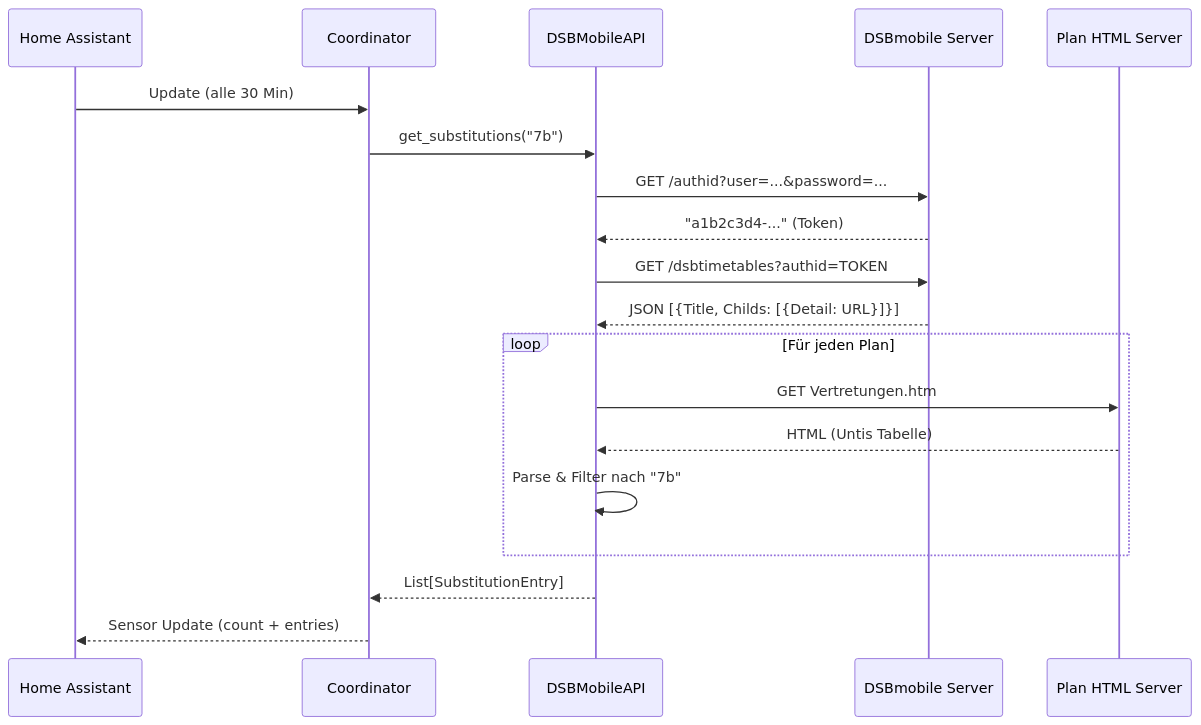
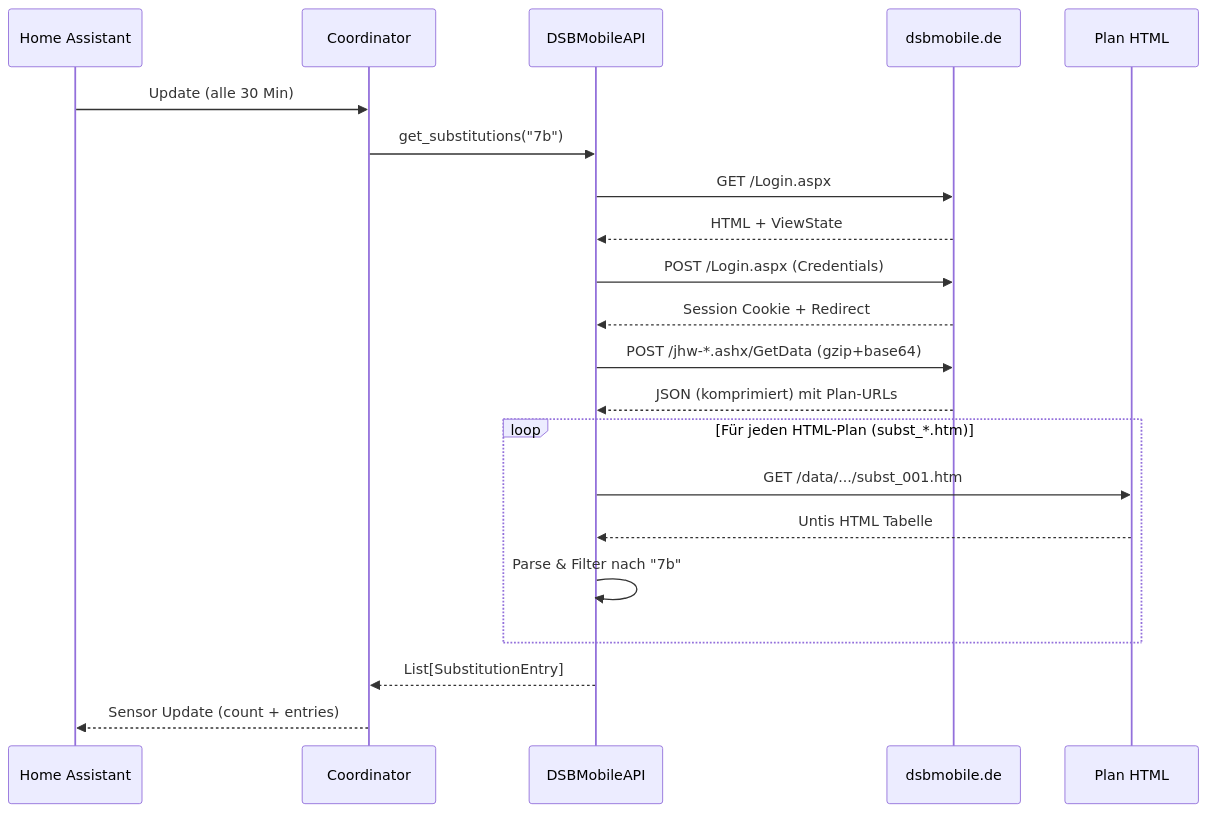
Before and after one commit to Tenner/dsbmobile: the second of 3 diagrams in README.md, drawn with Mermaid. The commit also changed other lines of this file, not shown here.

Commit message:
docs: update README for v2.0 Web API, new diagrams, options flow, troubleshooting

````diff
--- a/README.md
+++ b/README.md
@@ -238,22 +244,24 @@
 ```mermaid
 sequenceDiagram
     participant HA as Home Assistant
     participant CO as Coordinator
     participant API as DSBMobileAPI
-    participant DSB as DSBmobile Server
-    participant HTML as Plan HTML Server
+    participant WEB as dsbmobile.de
+    participant HTML as Plan HTML
 
     HA->>CO: Update (alle 30 Min)
     CO->>API: get_substitutions("7b")
-    API->>DSB: GET /authid?user=...&password=...
-    DSB-->>API: "a1b2c3d4-..."  (Token)
-    API->>DSB: GET /dsbtimetables?authid=TOKEN
-    DSB-->>API: JSON [{Title, Childs: [{Detail: URL}]}]
-    loop Für jeden Plan
-        API->>HTML: GET Vertretungen.htm
-        HTML-->>API: HTML (Untis Tabelle)
+    API->>WEB: GET /Login.aspx
+    WEB-->>API: HTML + ViewState
+    API->>WEB: POST /Login.aspx (Credentials)
+    WEB-->>API: Session Cookie + Redirect
+    API->>WEB: POST /jhw-*.ashx/GetData (gzip+base64)
+    WEB-->>API: JSON (komprimiert) mit Plan-URLs
+    loop Für jeden HTML-Plan (subst_*.htm)
+        API->>HTML: GET /data/.../subst_001.htm
+        HTML-->>API: Untis HTML Tabelle
         API->>API: Parse & Filter nach "7b"
     end
     API-->>CO: List[SubstitutionEntry]
     CO-->>HA: Sensor Update (count + entries)
 ```
````
